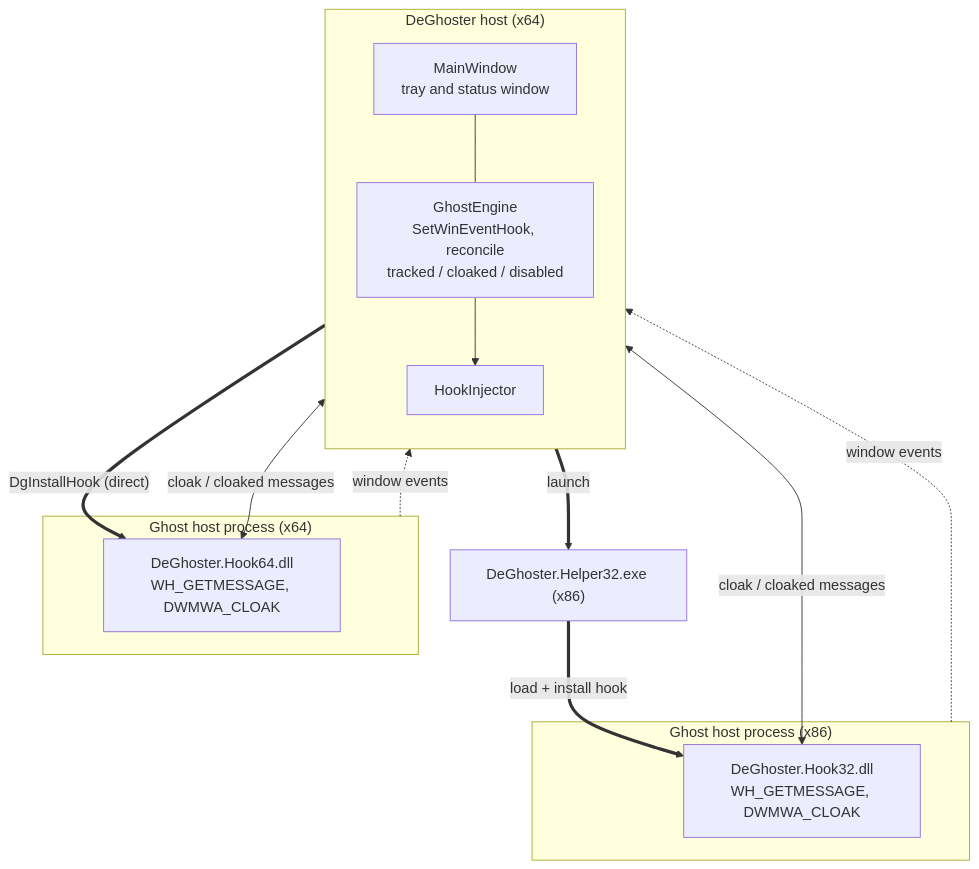
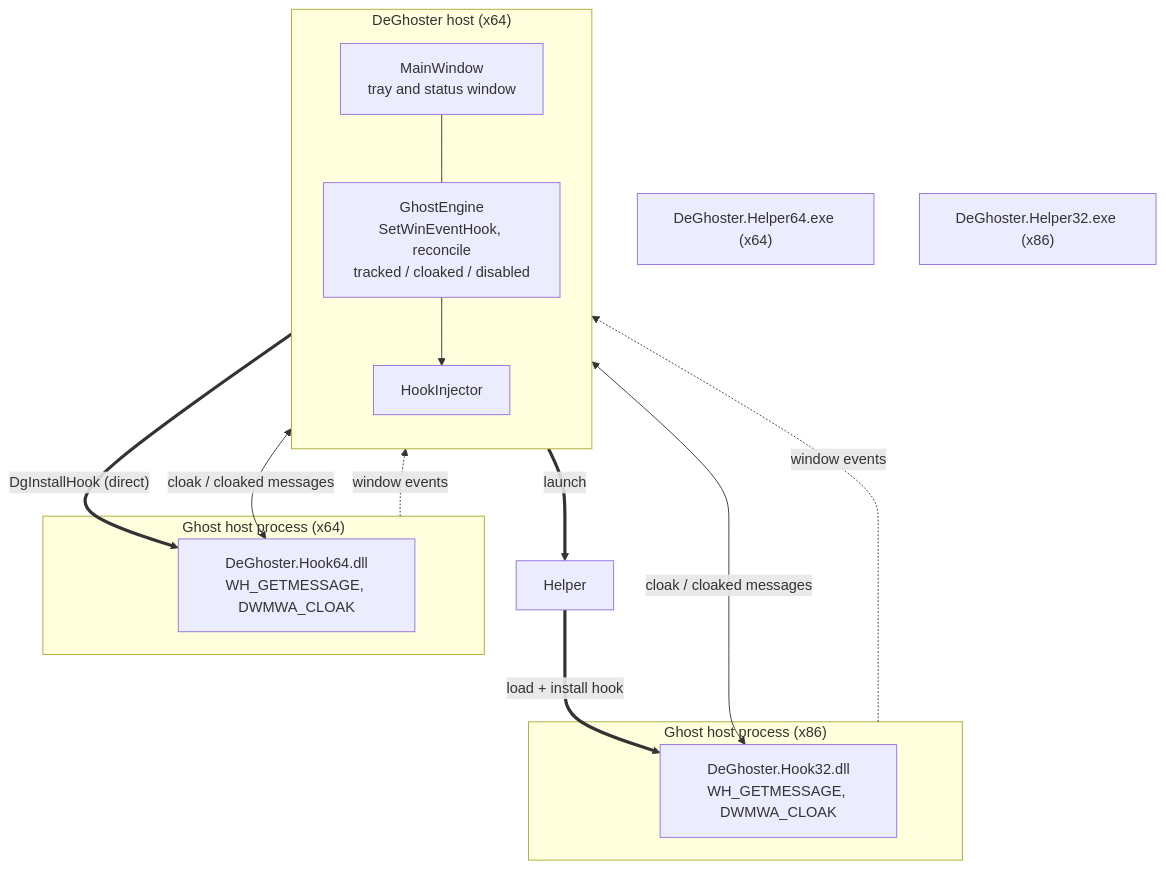
Before and after one commit to motwok/DeGhoster: the diagram in docs/Architecture.md, drawn with Mermaid. The commit also changed other lines of this file and 67 other files, not shown here.

````diff
--- a/docs/Architecture.md
+++ b/docs/Architecture.md
@@ -14,29 +14,30 @@
 ```mermaid
 flowchart TB
     subgraph Host["DeGhoster host (x64)"]
         direction TB
         UI["MainWindow<br/>tray and status window"]
         Engine["GhostEngine<br/>SetWinEventHook, reconcile<br/>tracked / cloaked / disabled"]
         Inj["HookInjector"]
     end
 
-    Helper["DeGhoster.Helper32.exe (x86)"]
+    Helper64["DeGhoster.Helper64.exe (x64)"]
+    Helper32["DeGhoster.Helper32.exe (x86)"]
 
     subgraph T64["Ghost host process (x64)"]
         H64["DeGhoster.Hook64.dll<br/>WH_GETMESSAGE, DWMWA_CLOAK"]
     end
 
     subgraph T32["Ghost host process (x86)"]
         H32["DeGhoster.Hook32.dll<br/>WH_GETMESSAGE, DWMWA_CLOAK"]
     end
 
     T64 -. "window events" .-> Engine
     T32 -. "window events" .-> Engine
     UI --- Engine
     Engine --> Inj
     Inj == "DgInstallHook (direct)" ==> H64
     Inj == "launch" ==> Helper
     Helper == "load + install hook" ==> H32
     Engine <-- "cloak / cloaked messages" --> H64
     Engine <-- "cloak / cloaked messages" --> H32
 ```
````
